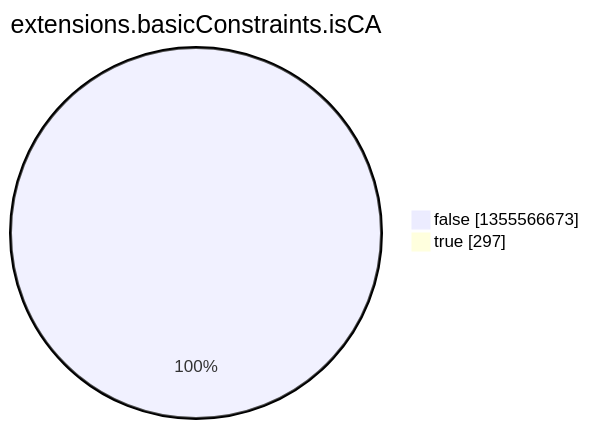
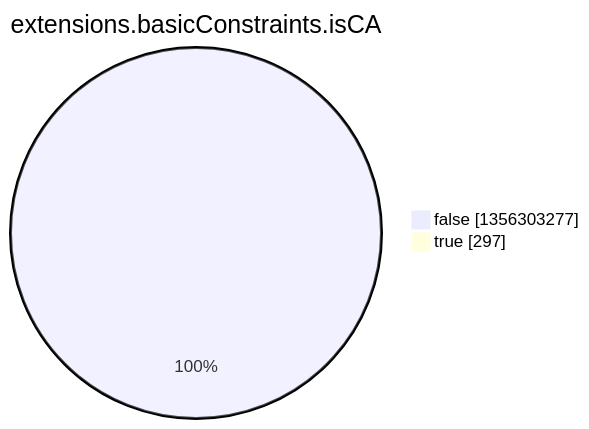
Before and after one commit to christiankrug/ctmonitor_visualization: the eighth of 15 diagrams in argon2022/README.md, drawn with Mermaid. The commit also changed other lines of this file, not shown here.

````diff
--- a/argon2022/README.md
+++ b/argon2022/README.md
@@ -2758,6 +2758,6 @@
 ```mermaid
 pie showData
 title extensions.basicConstraints.isCA
-"false" :1355566673
+"false" :1356303277
 "true" :297
 ```
````
